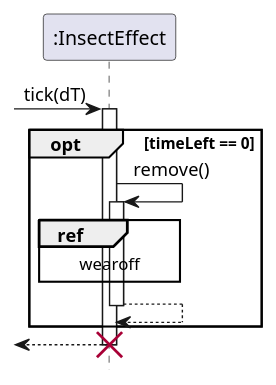
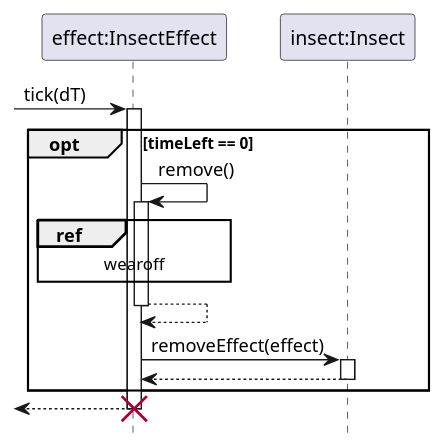
Before and after one commit to ZD4ve/projlab-error521: the diagram in InsectEffect/effect-wearoff.pu, drawn with PlantUML. The commit also changed 9 other files, not shown here.

Commit message:
Insect and InsectEffect done

```diff
--- a/InsectEffect/effect-wearoff.pu
+++ b/InsectEffect/effect-wearoff.pu
@@ -1,26 +1,31 @@
 @startuml InsectEffect/effect-wearoff
 hide footbox
 
-participant ":InsectEffect" as effect
-
+participant "effect:InsectEffect" as effect
+participant "insect:Insect" as insect
 
 'TODO abstract osztály de nem abstract metódus?
 ' kin hívjuk meg a remove()-ot?
 
  -> effect : tick(dT)
 activate effect
 
 opt timeLeft == 0
 
     effect -> effect : remove()
     activate effect
     ref over effect
         wearoff
     end ref
     return
+
+    effect -> insect : removeEffect(effect)
+    activate insect
+
+    return
 end
 
 <-- effect
 destroy effect
 
 @enduml
```
